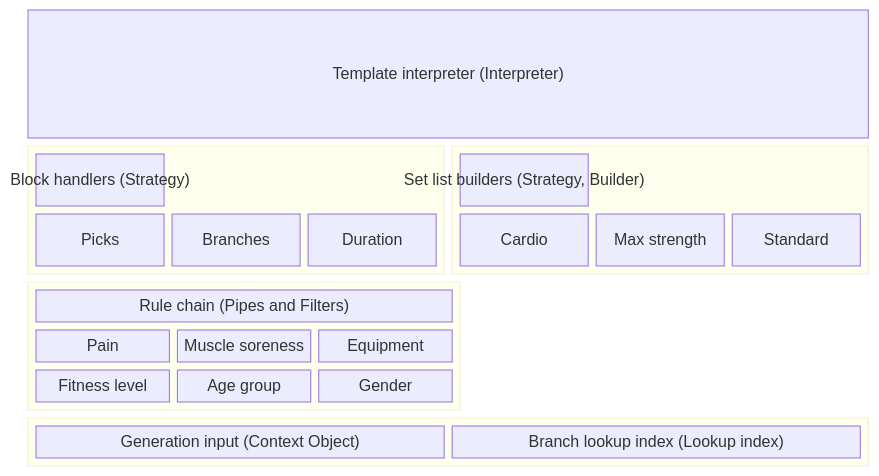
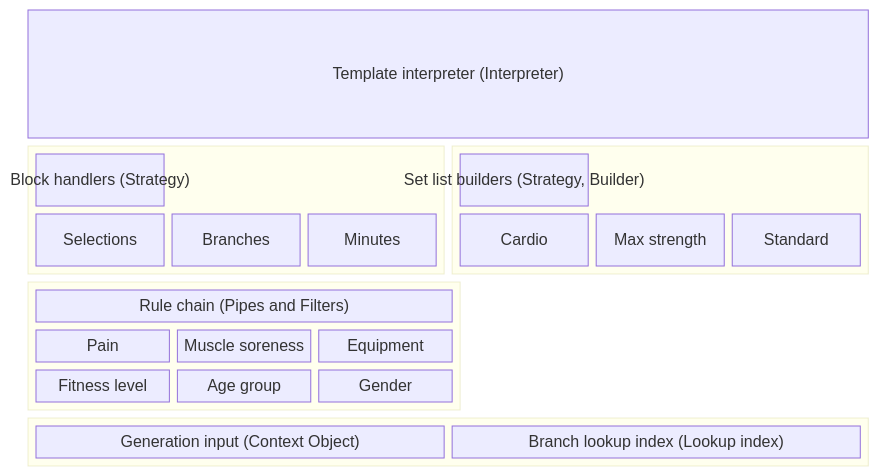
Before and after one commit to digital-athletic/sports-athletic: the second of 2 diagrams in athlete-mobile/docs/adr/workout-generator-architecture.md, drawn with Mermaid. The commit also changed other lines of this file and 38 other files, not shown here.

First line of the commit message:
refactor: name picks blocks selections blocks in the new generator

````diff
--- a/athlete-mobile/docs/adr/workout-generator-architecture.md
+++ b/athlete-mobile/docs/adr/workout-generator-architecture.md
@@ -64,26 +64,26 @@
 ```mermaid
 block-beta
     columns 2
     interpreter["Template interpreter (Interpreter)"]:2
     block:handlers
         columns 3
         handlersTitle["Block handlers (Strategy)"]:3
-        picks["Picks"] branches["Branches"] duration["Duration"]
+        selections["Selections"] branches["Branches"] minutes["Minutes"]
     end
     block:builders
         columns 3
         buildersTitle["Set list builders (Strategy, Builder)"]:3
         cardio["Cardio"] maxStrength["Max strength"] standard["Standard"]
     end
     block:rules
         columns 3
         rulesTitle["Rule chain (Pipes and Filters)"]:3
         pain["Pain"] soreness["Muscle soreness"] equipment["Equipment"]
         level["Fitness level"] ageGroup["Age group"] gender["Gender"]
     end
     space
     block:context:2
         columns 2
         input["Generation input (Context Object)"] index["Branch lookup index (Lookup index)"]
     end
 ```
````
